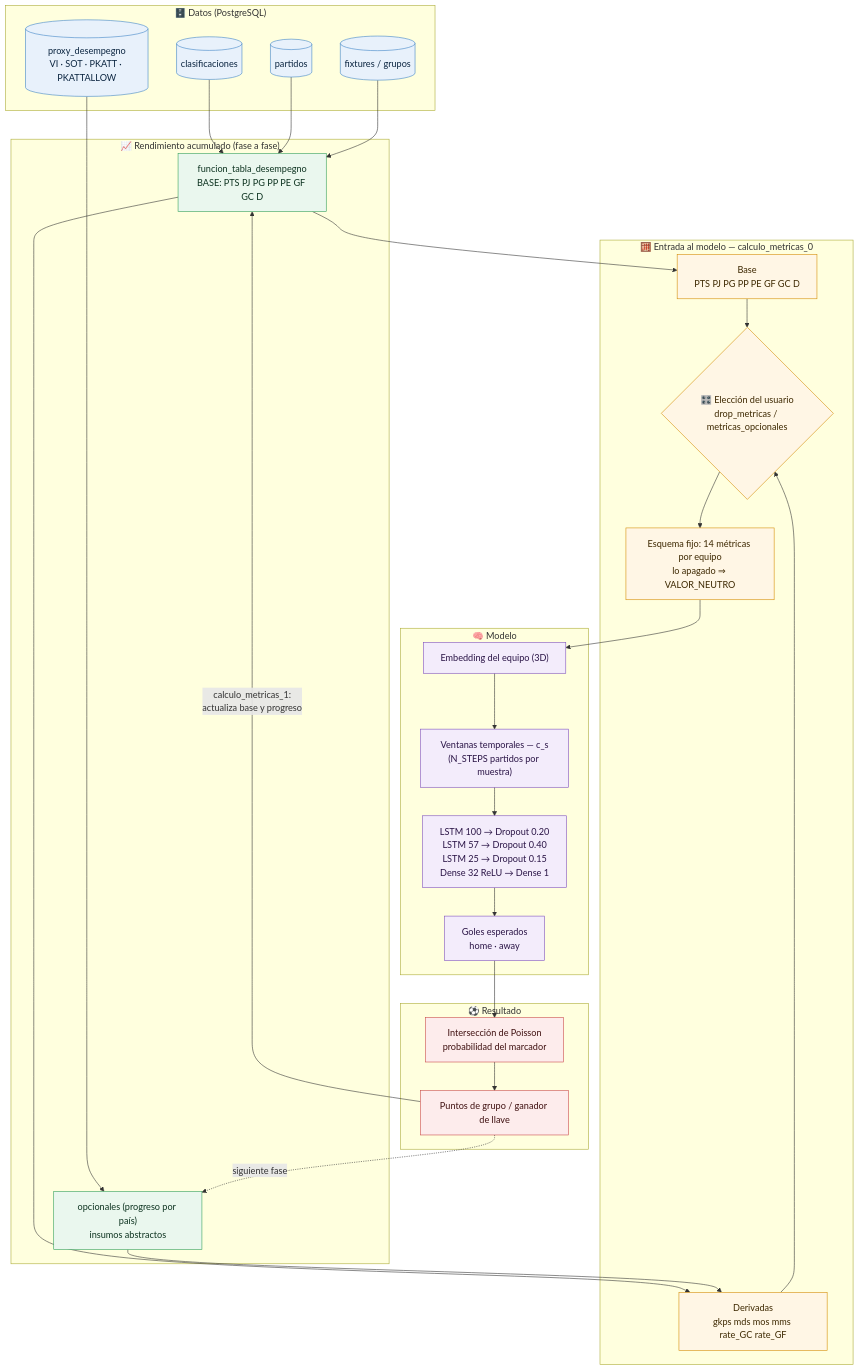
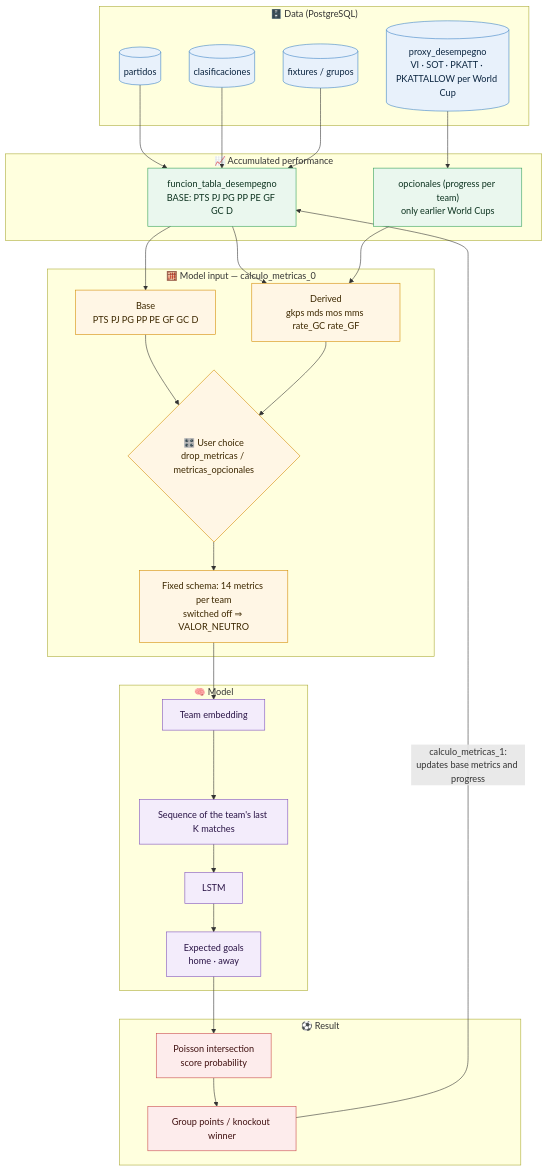
One commit to Kozuki-4i-9/futbolInferencia changed the second of 3 diagrams in README.md. Above: the diagram before and after it, drawn with Mermaid. The commit also changed other lines of this file, not shown here.

````diff
--- a/README.md
+++ b/README.md
@@ -25,59 +52,58 @@
 ```mermaid
 flowchart TD
-    subgraph DATOS["🗄️ Datos (PostgreSQL)"]
+    subgraph DATA["🗄️ Data (PostgreSQL)"]
         A1[(partidos)]
         A2[(clasificaciones)]
         A3[(fixtures / grupos)]
-        A4[(proxy_desempegno<br/>VI · SOT · PKATT · PKATTALLOW)]
+        A4[(proxy_desempegno<br/>VI · SOT · PKATT · PKATTALLOW per World Cup)]
     end
 
-    subgraph ACUM["📈 Rendimiento acumulado (fase a fase)"]
+    subgraph ACC["📈 Accumulated performance"]
         B1["funcion_tabla_desempegno<br/>BASE: PTS PJ PG PP PE GF GC D"]
-        B2["opcionales (progreso por país)<br/>insumos abstractos"]
+        B2["opcionales (progress per team)<br/>only earlier World Cups"]
     end
 
-    subgraph FEAT["🧮 Entrada al modelo — calculo_metricas_0"]
+    subgraph FEAT["🧮 Model input — calculo_metricas_0"]
         C1["Base<br/>PTS PJ PG PP PE GF GC D"]
-        C2["Derivadas<br/>gkps mds mos mms rate_GC rate_GF"]
-        C3{"🎛️ Elección del usuario<br/>drop_metricas / metricas_opcionales"}
-        C4["Esquema fijo: 14 métricas por equipo<br/>lo apagado ⇒ VALOR_NEUTRO"]
+        C2["Derived<br/>gkps mds mos mms rate_GC rate_GF"]
+        C3{"🎛️ User choice<br/>drop_metricas / metricas_opcionales"}
+        C4["Fixed schema: 14 metrics per team<br/>switched off ⇒ VALOR_NEUTRO"]
     end
 
-    subgraph MODELO["🧠 Modelo"]
-        D1["Embedding del equipo (3D)"]
-        D2["Ventanas temporales — c_s<br/>(N_STEPS partidos por muestra)"]
-        D3["LSTM 100 → Dropout 0.20<br/>LSTM 57 → Dropout 0.40<br/>LSTM 25 → Dropout 0.15<br/>Dense 32 ReLU → Dense 1"]
-        D4["Goles esperados<br/>home · away"]
+    subgraph MODEL["🧠 Model"]
+        D1["Team embedding"]
+        D2["Sequence of the team's last K matches"]
+        D3["LSTM"]
+        D4["Expected goals<br/>home · away"]
     end
 
-    subgraph RES["⚽ Resultado"]
-        E1["Intersección de Poisson<br/>probabilidad del marcador"]
-        E2["Puntos de grupo / ganador de llave"]
+    subgraph RES["⚽ Result"]
+        E1["Poisson intersection<br/>score probability"]
+        E2["Group points / knockout winner"]
     end
 
+    A1 --> B1
     A2 --> B1
-    A1 --> B1
     A3 --> B1
     A4 --> B2
     B1 --> C1
     B1 --> C2
     B2 --> C2
     C1 --> C3
     C2 --> C3
     C3 --> C4
     C4 --> D1 --> D2 --> D3 --> D4
     D4 --> E1 --> E2
-    E2 -- "calculo_metricas_1:<br/>actualiza base y progreso" --> B1
-    E2 -. "siguiente fase" .-> B2
+    E2 -- "calculo_metricas_1:<br/>updates base metrics and progress" --> B1
 
-    classDef datos fill:#e8f1fb,stroke:#3b82c4,color:#0b2540
-    classDef acum fill:#eaf7ee,stroke:#2f9e57,color:#0d3320
+    classDef data fill:#e8f1fb,stroke:#3b82c4,color:#0b2540
+    classDef acc fill:#eaf7ee,stroke:#2f9e57,color:#0d3320
     classDef feat fill:#fff6e5,stroke:#d38b00,color:#3d2800
-    classDef modelo fill:#f3ecfb,stroke:#7c4dbd,color:#2a1446
+    classDef model fill:#f3ecfb,stroke:#7c4dbd,color:#2a1446
     classDef res fill:#fdecec,stroke:#c94848,color:#3f1010
-    class A1,A2,A3,A4 datos
-    class B1,B2 acum
+    class A1,A2,A3,A4 data
+    class B1,B2 acc
     class C1,C2,C3,C4 feat
-    class D1,D2,D3,D4 modelo
+    class D1,D2,D3,D4 model
     class E1,E2 res
 ```
````
